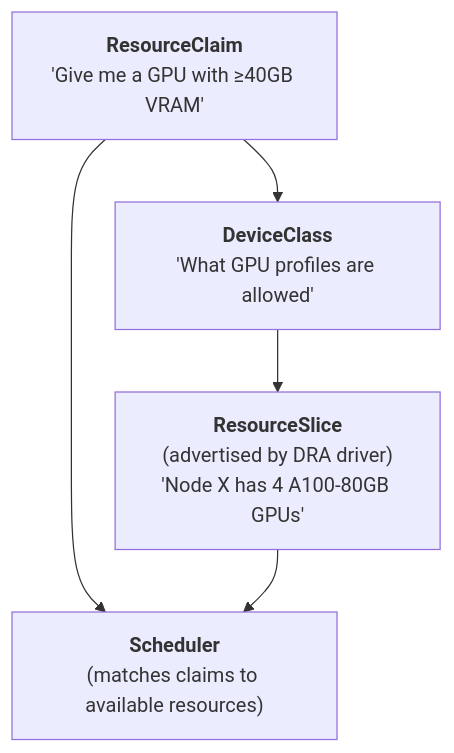
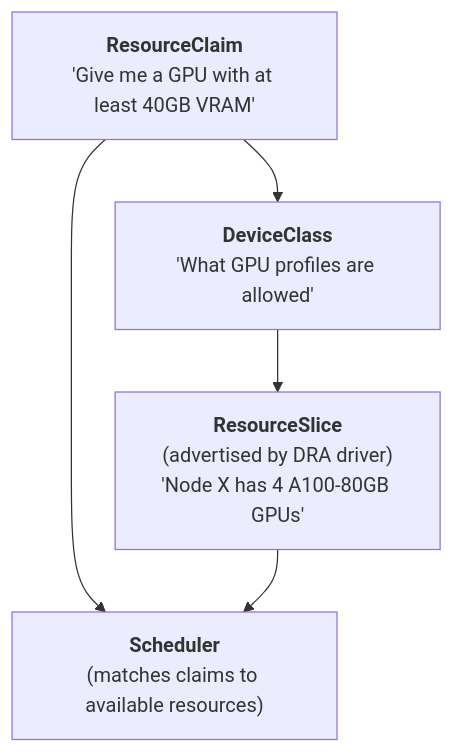
Before and after one commit to krisztiankoos/kubedojo: the fourth of 6 diagrams in src/content/docs/platform/disciplines/data-ai/ai-infrastructure/module-1.2-gpu-scheduling.md, drawn with Mermaid. The commit also changed other lines of this file, not shown here.

First line of the commit message:
feat(388): rewrite module-1.2-gpu-scheduling (#388 pilot) (#1070)

````diff
--- a/src/content/docs/platform/disciplines/data-ai/ai-infrastructure/module-1.2-gpu-scheduling.md
+++ b/src/content/docs/platform/disciplines/data-ai/ai-infrastructure/module-1.2-gpu-scheduling.md
@@ -477,12 +408,12 @@
 ```mermaid
 flowchart TD
-    RC["<b>ResourceClaim</b><br/>'Give me a GPU with ≥40GB VRAM'"]
+    RC["<b>ResourceClaim</b><br/>'Give me a GPU with at least 40GB VRAM'"]
     DC["<b>DeviceClass</b><br/>'What GPU profiles are allowed'"]
     RS["<b>ResourceSlice</b><br/>(advertised by DRA driver)<br/>'Node X has 4 A100-80GB GPUs'"]
     Sched["<b>Scheduler</b><br/>(matches claims to available resources)"]
 
     RC --> DC
     DC --> RS
     RC --> Sched
     RS --> Sched
 ```
````
